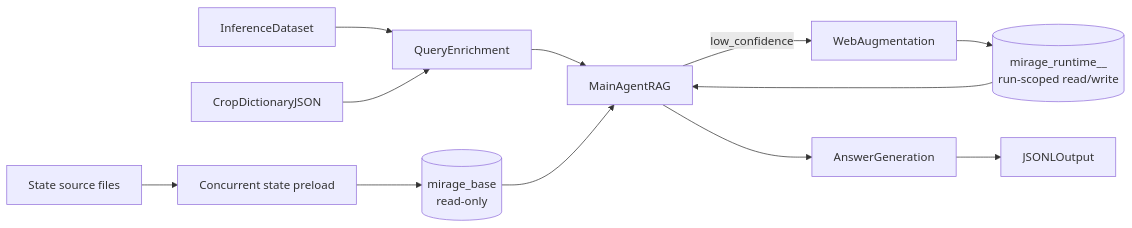
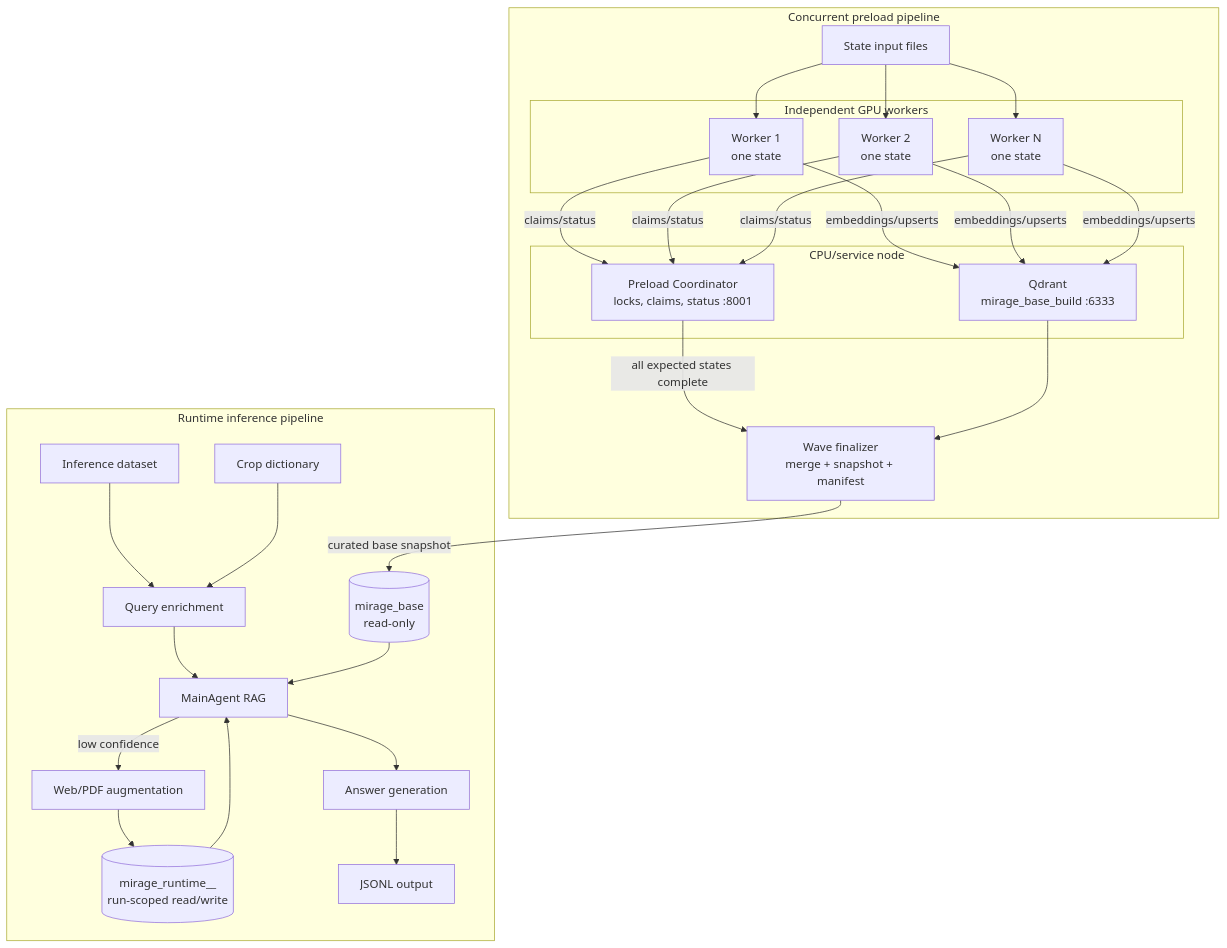
Before and after one commit to shashanksp04/MIRAGE-RAG: the first of 2 diagrams in README.MD, drawn with Mermaid. The commit also changed 2 other files, not shown here.

Commit message:
Update current pipeline architecture diagrams

````diff
--- a/README.MD
+++ b/README.MD
@@ -15,25 +15,51 @@
 ```mermaid
-flowchart LR
-  base[(mirage_base<br/>read-only)]
-  runtime[(mirage_runtime_<ABLATION_ID>_<timestamp><br/>run-scoped read/write)]
-  sources[State source files]
-  preload[Concurrent state preload]
-  cropDict[CropDictionaryJSON]
-  dataset[InferenceDataset]
-  enrich[QueryEnrichment]
-  rag[MainAgentRAG]
-  webAug[WebAugmentation]
-  gen[AnswerGeneration]
-  out[JSONLOutput]
+flowchart TB
+  subgraph preload[Concurrent preload pipeline]
+    inputs[State input files]
+    subgraph service[CPU/service node]
+      coordinator[Preload Coordinator<br/>locks, claims, status :8001]
+      qdrant[Qdrant<br/>mirage_base_build :6333]
+    end
+    subgraph workers[Independent GPU workers]
+      worker1[Worker 1<br/>one state]
+      worker2[Worker 2<br/>one state]
+      workerN[Worker N<br/>one state]
+    end
+    finalizer[Wave finalizer<br/>merge + snapshot + manifest]
 
-  sources --> preload --> base
-  dataset --> enrich
-  cropDict --> enrich
-  enrich --> rag
-  base --> rag
-  runtime --> rag
-  rag -->|"low_confidence"| webAug
-  webAug --> runtime
-  rag --> gen
-  gen --> out
+    inputs --> worker1
+    inputs --> worker2
+    inputs --> workerN
+    worker1 -->|claims/status| coordinator
+    worker2 -->|claims/status| coordinator
+    workerN -->|claims/status| coordinator
+    worker1 -->|embeddings/upserts| qdrant
+    worker2 -->|embeddings/upserts| qdrant
+    workerN -->|embeddings/upserts| qdrant
+    coordinator -->|all expected states complete| finalizer
+    qdrant --> finalizer
+  end
+
+  subgraph inference[Runtime inference pipeline]
+    dataset[Inference dataset]
+    cropDict[Crop dictionary]
+    enrich[Query enrichment]
+    rag[MainAgent RAG]
+    base[(mirage_base<br/>read-only)]
+    runtime[(mirage_runtime_<ABLATION_ID>_<timestamp><br/>run-scoped read/write)]
+    webAug[Web/PDF augmentation]
+    gen[Answer generation]
+    out[JSONL output]
+
+    dataset --> enrich
+    cropDict --> enrich
+    enrich --> rag
+    base --> rag
+    runtime --> rag
+    rag -->|low confidence| webAug
+    webAug --> runtime
+    rag --> gen --> out
+  end
+
+  finalizer -->|curated base snapshot| base
 ```
````
